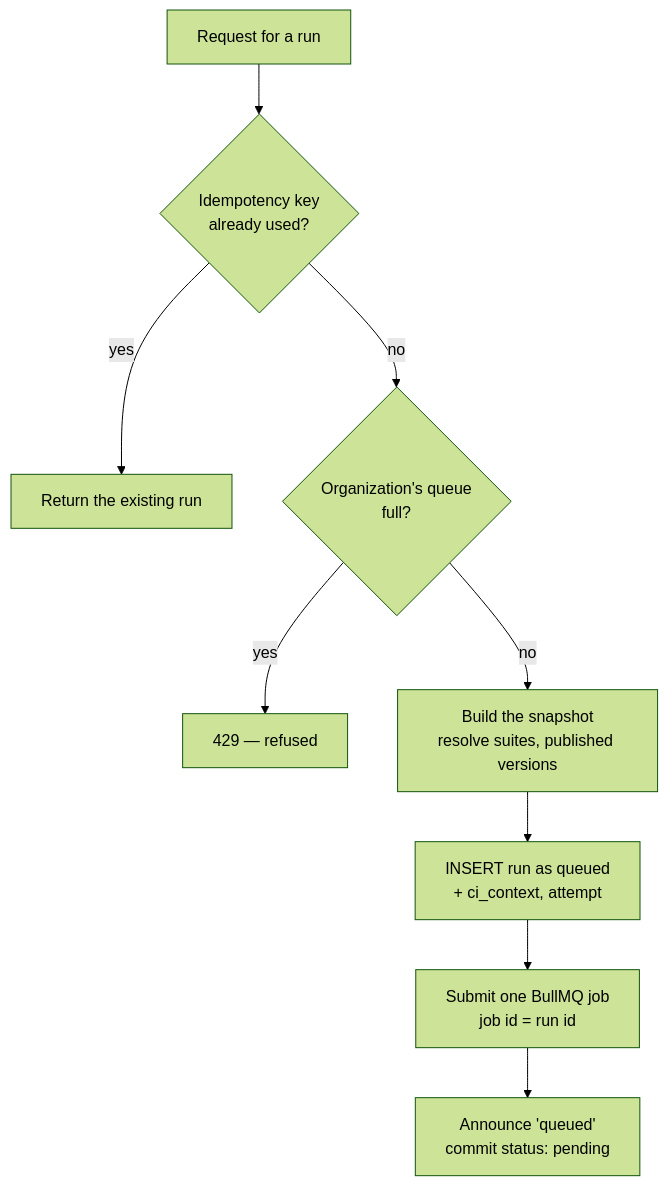
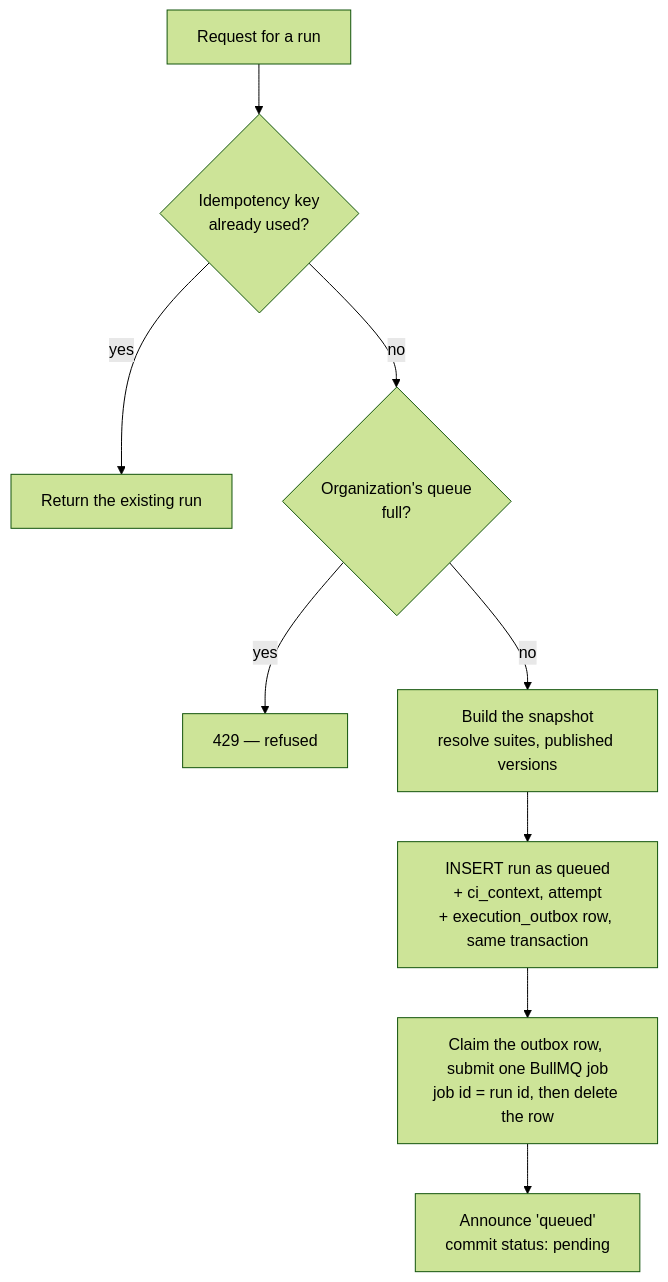
One commit to Markg981/WebFlowMaster changed the first of 2 diagrams in docs/en/internals/execution.md. Above: the diagram before and after it, drawn with Mermaid (forest theme). The commit also changed other lines of this file and 13 other files, not shown here.

First line of the commit message:
fix(execution): publish run jobs through a transactional outbox

````diff
--- a/docs/en/internals/execution.md
+++ b/docs/en/internals/execution.md
@@ -43,11 +43,11 @@
 ```mermaid
 flowchart TD
   A[Request for a run] --> K{Idempotency key<br/>already used?}
   K -- yes --> R[Return the existing run]
   K -- no --> Q{Organization's queue<br/>full?}
   Q -- yes --> E[429 — refused]
   Q -- no --> S[Build the snapshot<br/>resolve suites, published versions]
-  S --> I[INSERT run as queued<br/>+ ci_context, attempt]
-  I --> J[Submit one BullMQ job<br/>job id = run id]
+  S --> I[INSERT run as queued<br/>+ ci_context, attempt<br/>+ execution_outbox row, same transaction]
+  I --> J[Claim the outbox row, submit one BullMQ job<br/>job id = run id, then delete the row]
   J --> N[Announce 'queued'<br/>commit status: pending]
 ```
````
